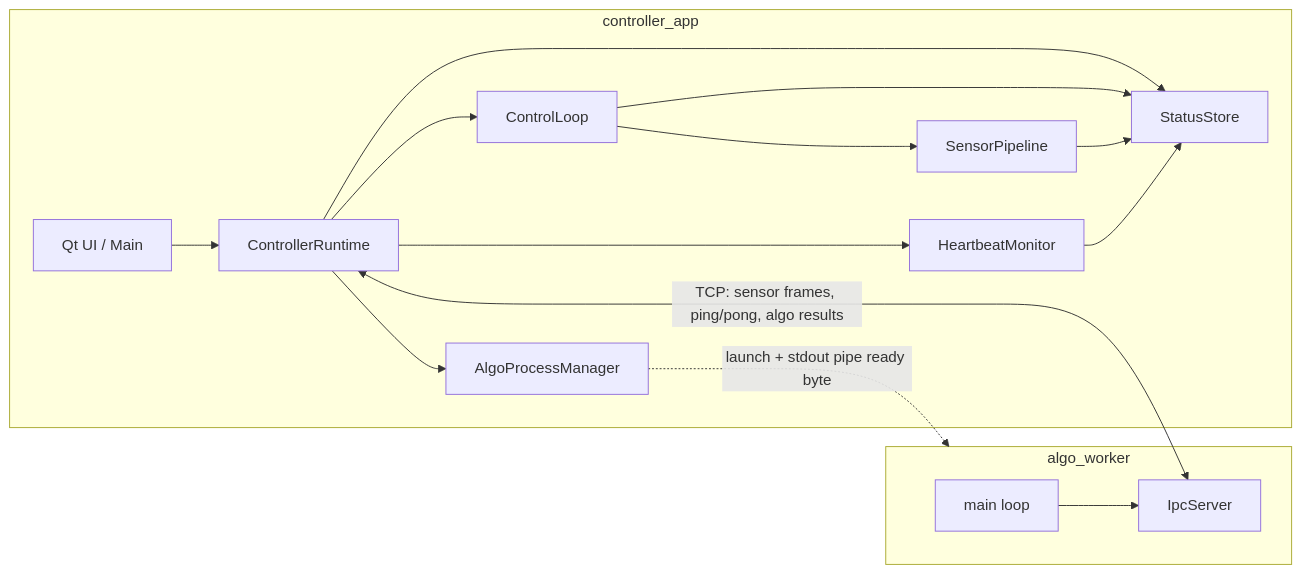
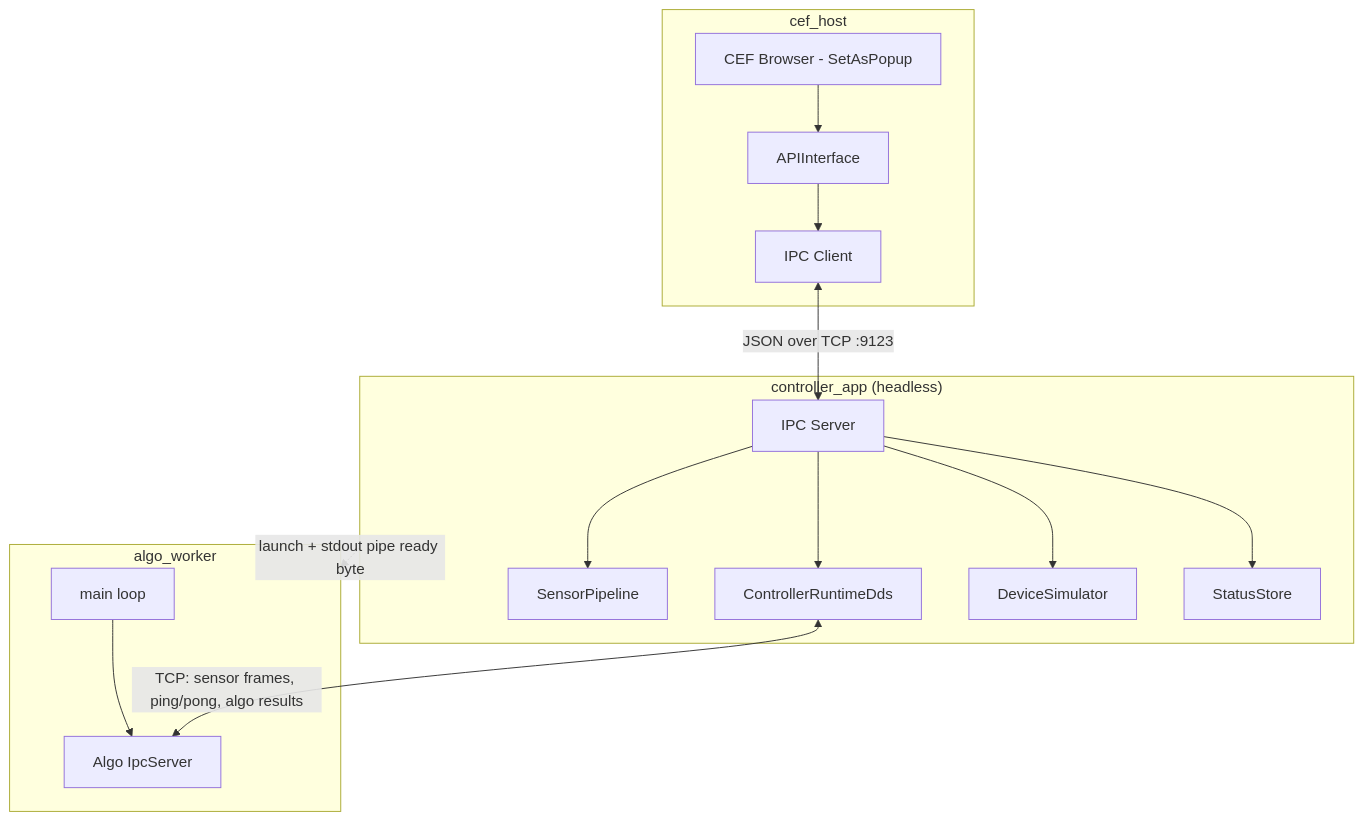
One commit to langxiong/QtDemo changed the first of 5 diagrams in docs/design-flow.md. Above: the diagram before and after it, drawn with Mermaid. The commit also changed 67 other files, not shown here.

````diff
--- a/docs/design-flow.md
+++ b/docs/design-flow.md
@@ -5,30 +5,32 @@
 ```mermaid
-flowchart LR
-  subgraph Controller["controller_app"]
-    UI[Qt UI / Main]
-    RT[ControllerRuntime]
-    CL[ControlLoop]
-    HB[HeartbeatMonitor]
-    PM[AlgoProcessManager]
-    SP[SensorPipeline]
-    SS[StatusStore]
-    UI --> RT
-    RT --> PM
-    RT --> HB
-    RT --> CL
-    RT --> SS
-    CL --> SP
-    CL --> SS
-    SP --> SS
-    HB --> SS
+flowchart TB
+  subgraph CefHost["cef_host"]
+    CEF[CEF Browser - SetAsPopup]
+    ApiBridge[APIInterface]
+    IpcClient[IPC Client]
+    CEF --> ApiBridge
+    ApiBridge --> IpcClient
+  end
+
+  subgraph Controller["controller_app (headless)"]
+    IpcServer[IPC Server]
+    Sensor[SensorPipeline]
+    Runtime[ControllerRuntimeDds]
+    Device[DeviceSimulator]
+    Status[StatusStore]
+    IpcServer --> Sensor
+    IpcServer --> Runtime
+    IpcServer --> Device
+    IpcServer --> Status
   end
 
   subgraph Algo["algo_worker"]
     Main[main loop]
-    Srv[IpcServer]
+    Srv[Algo IpcServer]
     Main --> Srv
   end
 
-  PM -.->|launch + stdout pipe ready byte| Algo
-  RT <-->|TCP: sensor frames, ping/pong, algo results| Srv
+  IpcClient <-->|"JSON over TCP :9123"| IpcServer
+  Controller -.->|launch + stdout pipe ready byte| Algo
+  Runtime <-->|TCP: sensor frames, ping/pong, algo results| Srv
 ```
````
